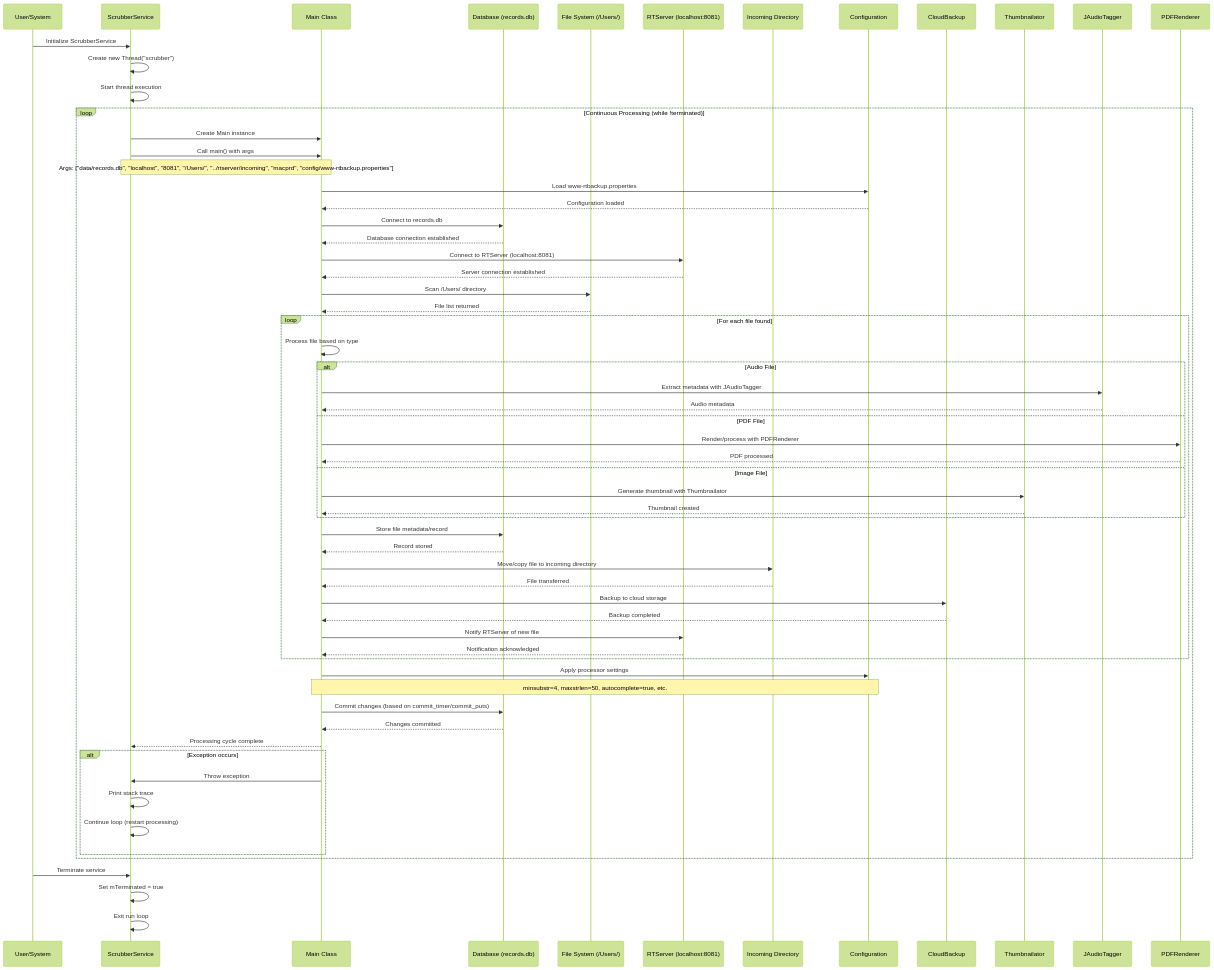
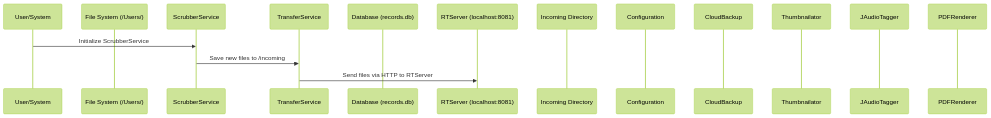
The diagram in Mainflow.md (sync-different/alt-core-docs), drawn with Mermaid (forest theme) before and after one commit.

````diff
--- a/Mainflow.md
+++ b/Mainflow.md
@@ -1,82 +1,20 @@
 ```mermaid
 sequenceDiagram
     participant User as User/System
+    participant FS as File System (/Users/)
     participant SS as ScrubberService
-    participant Main as Main Class
+    participant TS as TransferService
     participant DB as Database (records.db)
-    participant FS as File System (/Users/)
     participant RT as RTServer (localhost:8081)
     participant Incoming as Incoming Directory
     participant Config as Configuration
     participant CB as CloudBackup
     participant Thumb as Thumbnailator
     participant Audio as JAudioTagger
     participant PDF as PDFRenderer
 
     User->>SS: Initialize ScrubberService
-    SS->>SS: Create new Thread("scrubber")
-    SS->>SS: Start thread execution
+	 SS->>TS: Save new files to /incoming
+	 TS->>RT: Send files via HTTP to RTServer	
     
-    loop Continuous Processing (while !terminated)
-        SS->>Main: Create Main instance
-        SS->>Main: Call main() with args
-        Note over SS,Main: Args: ["data/records.db", "localhost", "8081", "/Users/", "../rtserver/incoming", "macprd", "config/www-rtbackup.properties"]
-        
-        Main->>Config: Load www-rtbackup.properties
-        Config-->>Main: Configuration loaded
-        
-        Main->>DB: Connect to records.db
-        DB-->>Main: Database connection established
-        
-        Main->>RT: Connect to RTServer (localhost:8081)
-        RT-->>Main: Server connection established
-        
-        Main->>FS: Scan /Users/ directory
-        FS-->>Main: File list returned
-        
-        loop For each file found
-            Main->>Main: Process file based on type
-            
-            alt Audio File
-                Main->>Audio: Extract metadata with JAudioTagger
-                Audio-->>Main: Audio metadata
-            else PDF File
-                Main->>PDF: Render/process with PDFRenderer
-                PDF-->>Main: PDF processed
-            else Image File
-                Main->>Thumb: Generate thumbnail with Thumbnailator
-                Thumb-->>Main: Thumbnail created
-            end
-            
-            Main->>DB: Store file metadata/record
-            DB-->>Main: Record stored
-            
-            Main->>Incoming: Move/copy file to incoming directory
-            Incoming-->>Main: File transferred
-            
-            Main->>CB: Backup to cloud storage
-            CB-->>Main: Backup completed
-            
-            Main->>RT: Notify RTServer of new file
-            RT-->>Main: Notification acknowledged
-        end
-        
-        Main->>Config: Apply processor settings
-        Note over Main,Config: minsubstr=4, maxstrlen=50, autocomplete=true, etc.
-        
-        Main->>DB: Commit changes (based on commit_timer/commit_puts)
-        DB-->>Main: Changes committed
-        
-        Main-->>SS: Processing cycle complete
-        
-        alt Exception occurs
-            Main->>SS: Throw exception
-            SS->>SS: Print stack trace
-            SS->>SS: Continue loop (restart processing)
-        end
-    end
-    
-    User->>SS: Terminate service
-    SS->>SS: Set mTerminated = true
-    SS->>SS: Exit run loop
 ```
````
